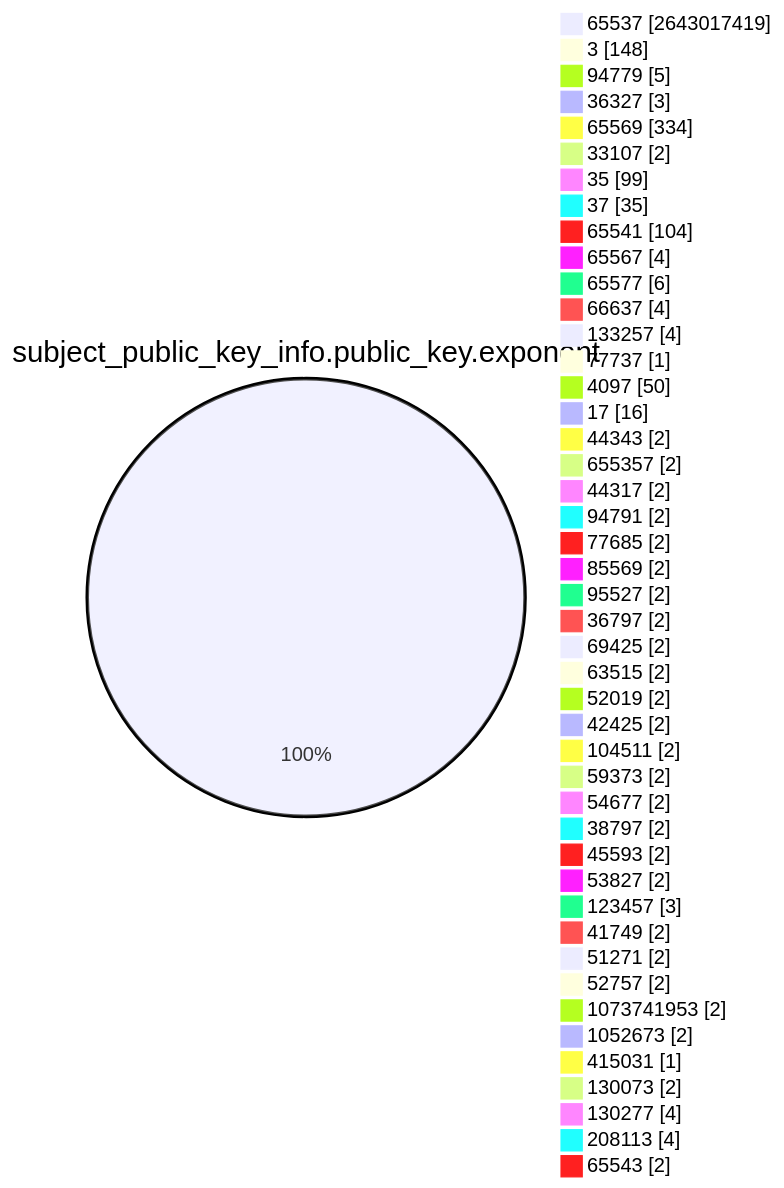
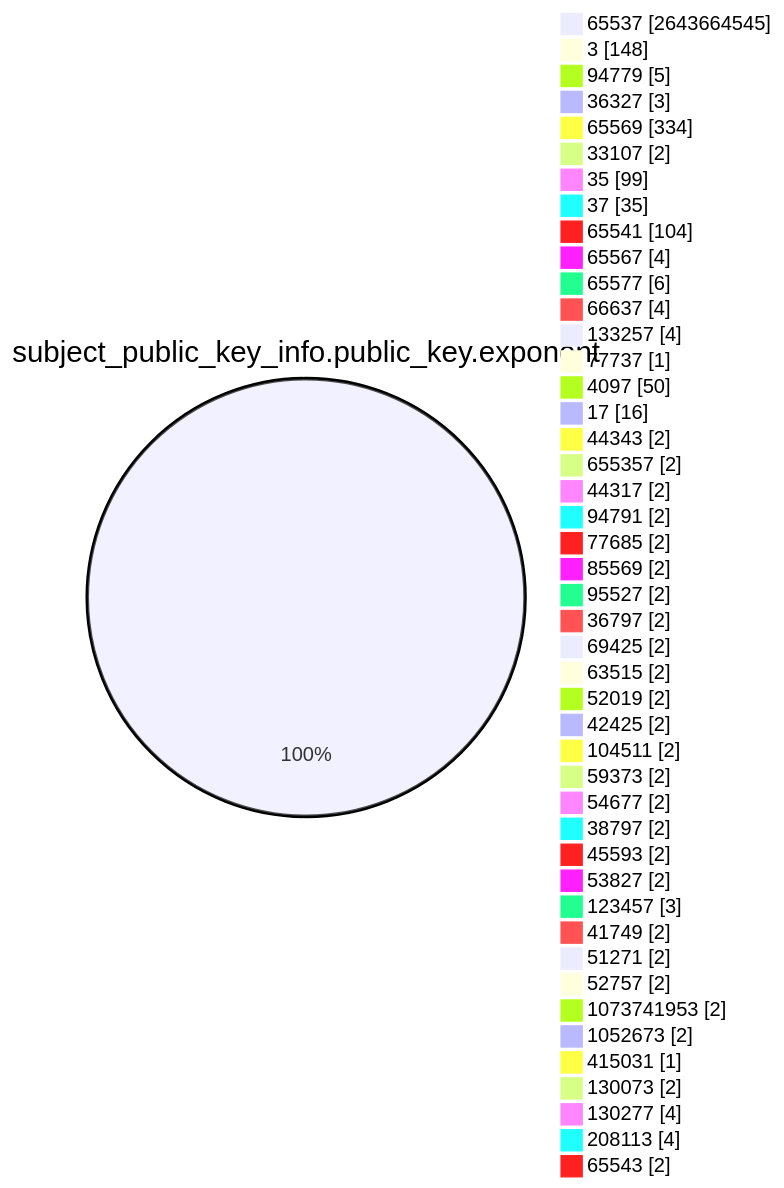
The fourth of 15 diagrams in TOTAL/README.md (christiankrug/ctmonitor_visualization), drawn with Mermaid before and after one commit. The commit also changed other lines of this file, not shown here.

````diff
--- a/TOTAL/README.md
+++ b/TOTAL/README.md
@@ -1466,49 +1466,49 @@
 ```mermaid
 pie showData
 title subject_public_key_info.public_key.exponent
-"65537" :2643017419
+"65537" :2643664545
 "3" :148
 "94779" :5
 "36327" :3
 "65569" :334
 "33107" :2
 "35" :99
 "37" :35
 "65541" :104
 "65567" :4
 "65577" :6
 "66637" :4
 "133257" :4
 "77737" :1
 "4097" :50
 "17" :16
 "44343" :2
 "655357" :2
 "44317" :2
 "94791" :2
 "77685" :2
 "85569" :2
 "95527" :2
 "36797" :2
 "69425" :2
 "63515" :2
 "52019" :2
 "42425" :2
 "104511" :2
 "59373" :2
 "54677" :2
 "38797" :2
 "45593" :2
 "53827" :2
 "123457" :3
 "41749" :2
 "51271" :2
 "52757" :2
 "1073741953" :2
 "1052673" :2
 "415031" :1
 "130073" :2
 "130277" :4
 "208113" :4
 "65543" :2
 ```
````
